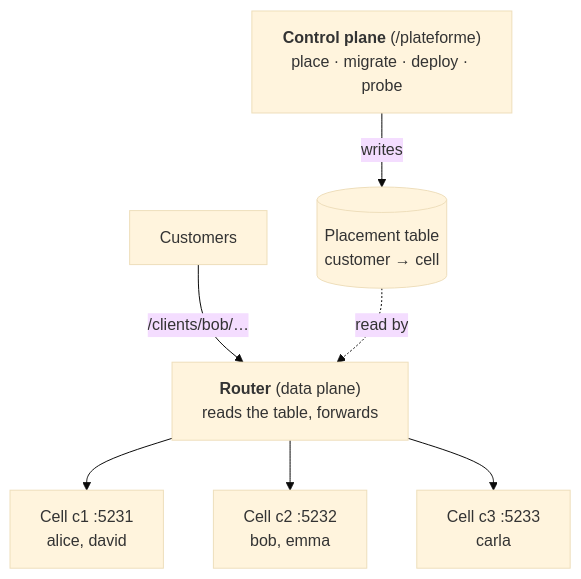
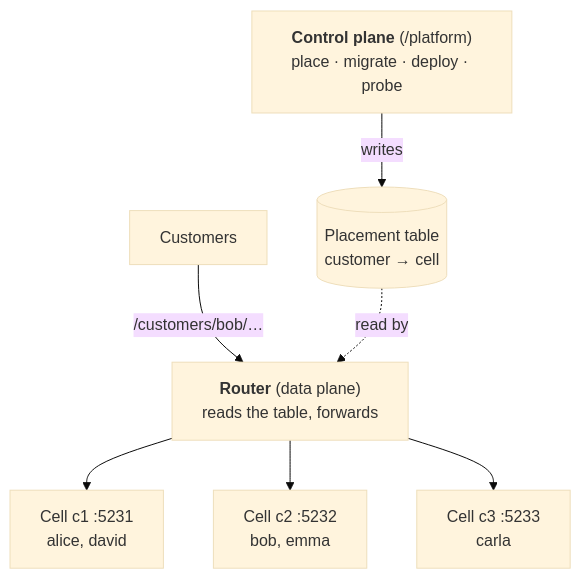
One commit to drangoht/ArchitecturesDemo changed the second of 4 diagrams in Docs/en/17-cell-based.md. Above: the diagram before and after it, drawn with Mermaid (base theme). The commit also changed other lines of this file and 78 other files, not shown here.

First line of the commit message:
Docs EN : identifiants, liens, diagrammes et sorties alignés sur le code anglais

````diff
--- a/Docs/en/17-cell-based.md
+++ b/Docs/en/17-cell-based.md
@@ -57,9 +56,9 @@
 ```mermaid
 flowchart TB
-    PC["<b>Control plane</b> (/plateforme)<br/>place · migrate · deploy · probe"] -->|"writes"| TP[("Placement table<br/>customer → cell")]
-    CL["Customers"] -->|"/clients/bob/…"| RT["<b>Router</b> (data plane)<br/>reads the table, forwards"]
+    PC["<b>Control plane</b> (/platform)<br/>place · migrate · deploy · probe"] -->|"writes"| TP[("Placement table<br/>customer → cell")]
+    CL["Customers"] -->|"/customers/bob/…"| RT["<b>Router</b> (data plane)<br/>reads the table, forwards"]
     TP -.->|"read by"| RT
     RT --> C1["Cell c1 :5231<br/>alice, david"]
     RT --> C2["Cell c2 :5232<br/>bob, emma"]
     RT --> C3["Cell c3 :5233<br/>carla"]
 ```
````
